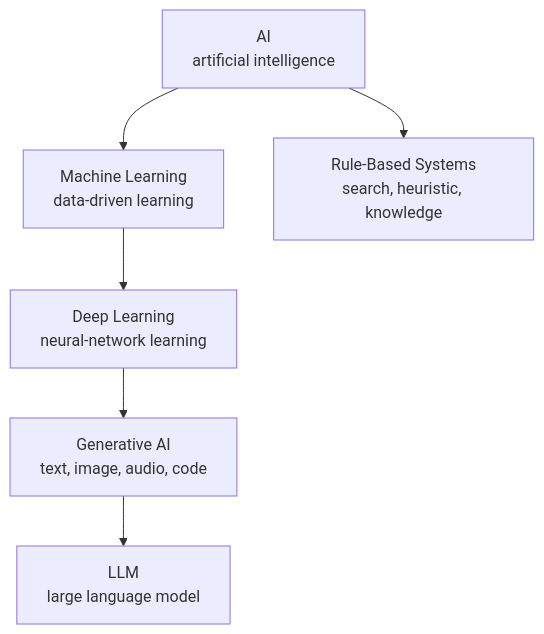
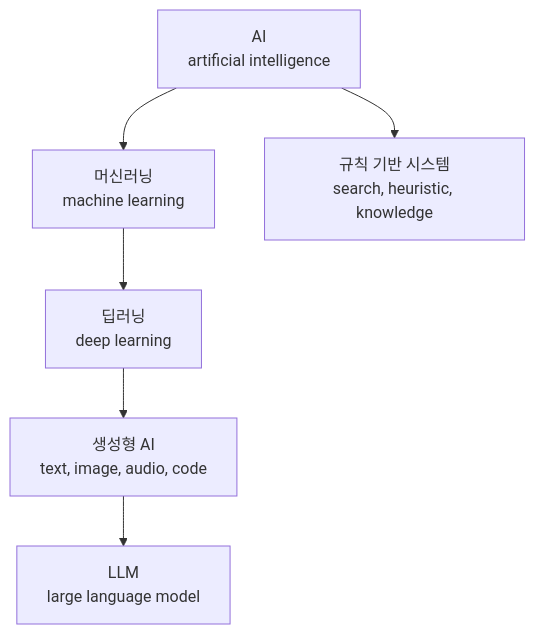
The first of 3 diagrams in docs/parts/part-04/chapter-01/section-01.md (devchan64/AiBook), drawn with Mermaid before and after one commit. The commit also changed other lines of this file and 12 other files, not shown here.

Commit message:
Refine Part 4 learning flow and diagrams

````diff
--- a/docs/parts/part-04/chapter-01/section-01.md
+++ b/docs/parts/part-04/chapter-01/section-01.md
@@ -68,15 +68,15 @@
 ```mermaid
 flowchart TD
   AI["AI<br/>artificial intelligence"]
-  ML["Machine Learning<br/>data-driven learning"]
-  RB["Rule-Based Systems<br/>search, heuristic, knowledge"]
-  DL["Deep Learning<br/>neural-network learning"]
-  GEN["Generative AI<br/>text, image, audio, code"]
+  ML["머신러닝<br/>machine learning"]
+  RB["규칙 기반 시스템<br/>search, heuristic, knowledge"]
+  DL["딥러닝<br/>deep learning"]
+  GEN["생성형 AI<br/>text, image, audio, code"]
   LLM["LLM<br/>large language model"]
 
   AI --> ML
   AI --> RB
   ML --> DL
   DL --> GEN
   GEN --> LLM
 ```
````
